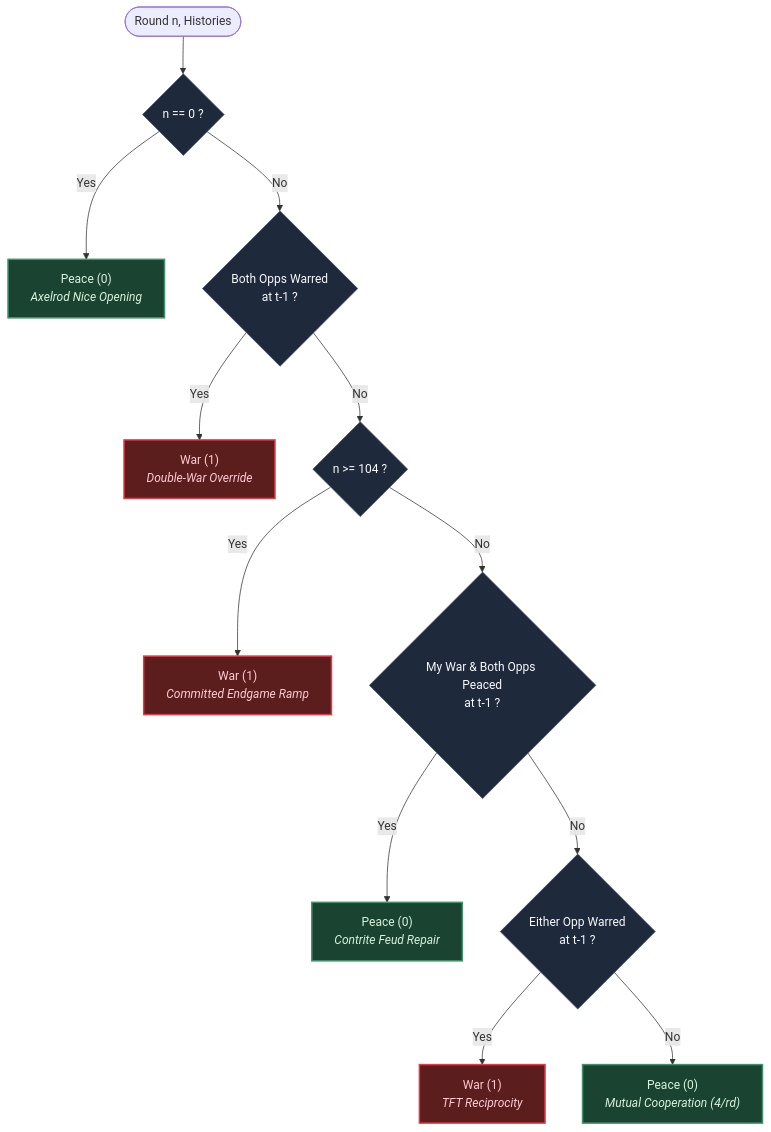
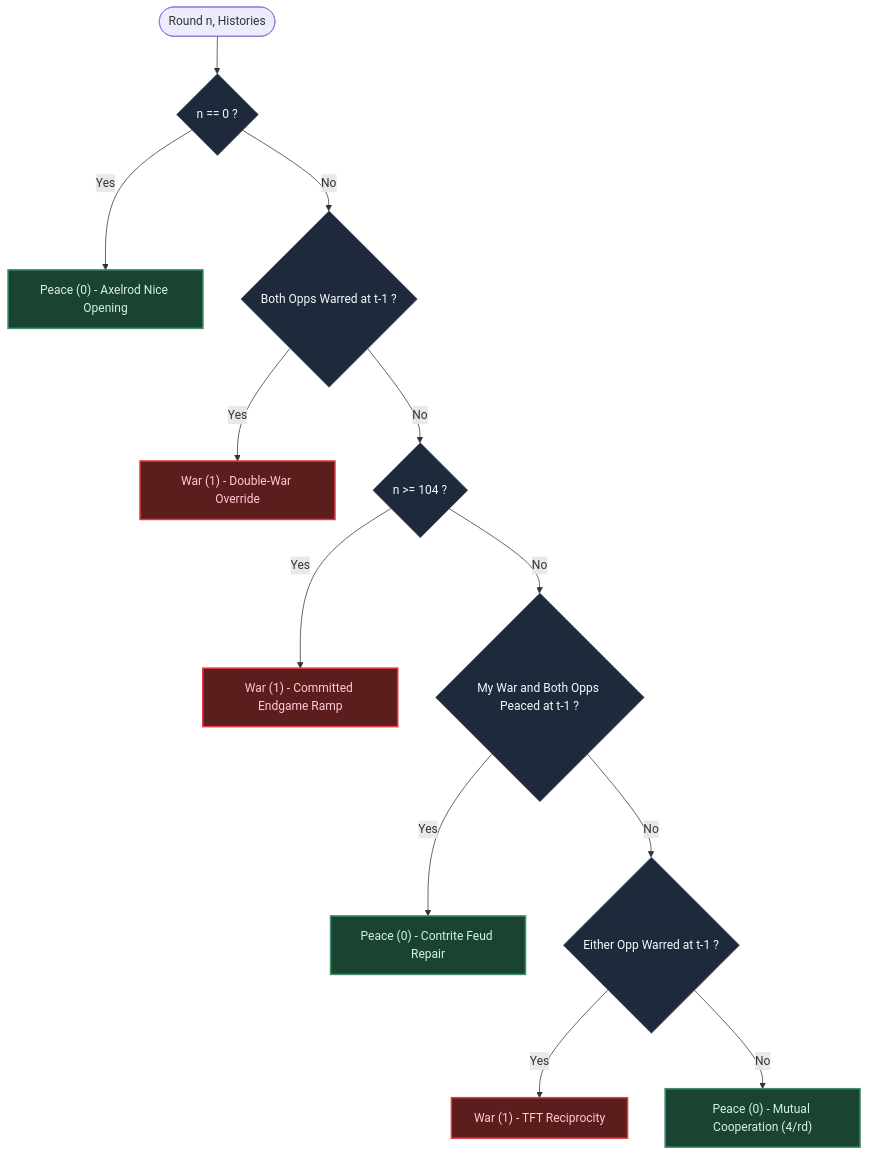
Before and after one commit to ApatheticMioz/pax-sentinel: the second of 3 diagrams in README.md, drawn with Mermaid. The commit also changed other lines of this file, not shown here.

Commit message:
fix(docs): eliminate KaTeX parse errors, sanitize Mermaid labels, and clean equations

````diff
--- a/README.md
+++ b/README.md
@@ -53,26 +53,26 @@
 ```mermaid
 flowchart TD
     Start(["Round n, Histories"]) --> R0{"n == 0 ?"}
-    R0 -- "Yes" --> Peace0["Peace (0)<br/><i>Axelrod Nice Opening</i>"]
-    R0 -- "No" --> R2{"Both Opps Warred<br/>at t-1 ?"}
+    R0 -- "Yes" --> Peace0["Peace (0) - Axelrod Nice Opening"]
+    R0 -- "No" --> R2{"Both Opps Warred at t-1 ?"}
     
-    R2 -- "Yes" --> War2["War (1)<br/><i>Double-War Override</i>"]
+    R2 -- "Yes" --> War2["War (1) - Double-War Override"]
     R2 -- "No" --> R3{"n >= 104 ?"}
     
-    R3 -- "Yes" --> War3["War (1)<br/><i>Committed Endgame Ramp</i>"]
-    R3 -- "No" --> R1_Contrite{"My War & Both Opps Peaced<br/>at t-1 ?"}
+    R3 -- "Yes" --> War3["War (1) - Committed Endgame Ramp"]
+    R3 -- "No" --> R1_Contrite{"My War and Both Opps Peaced at t-1 ?"}
     
-    R1_Contrite -- "Yes" --> Peace1["Peace (0)<br/><i>Contrite Feud Repair</i>"]
-    R1_Contrite -- "No" --> R1_Mirror{"Either Opp Warred<br/>at t-1 ?"}
+    R1_Contrite -- "Yes" --> Peace1["Peace (0) - Contrite Feud Repair"]
+    R1_Contrite -- "No" --> R1_Mirror{"Either Opp Warred at t-1 ?"}
     
-    R1_Mirror -- "Yes" --> War1["War (1)<br/><i>TFT Reciprocity</i>"]
-    R1_Mirror -- "No" --> Peace2["Peace (0)<br/><i>Mutual Cooperation (4/rd)</i>"]
+    R1_Mirror -- "Yes" --> War1["War (1) - TFT Reciprocity"]
+    R1_Mirror -- "No" --> Peace2["Peace (0) - Mutual Cooperation (4/rd)"]
 
     classDef actionPeace fill:#1b4332,stroke:#40916c,stroke-width:2px,color:#d8f3dc;
     classDef actionWar fill:#5c1d1d,stroke:#e63946,stroke-width:2px,color:#ffccd5;
     classDef condition fill:#1e293b,stroke:#475569,stroke-width:1px,color:#f8fafc;
     
     class Peace0,Peace1,Peace2 actionPeace;
     class War2,War3,War1 actionWar;
     class R0,R2,R3,R1_Contrite,R1_Mirror condition;
 ```
````
